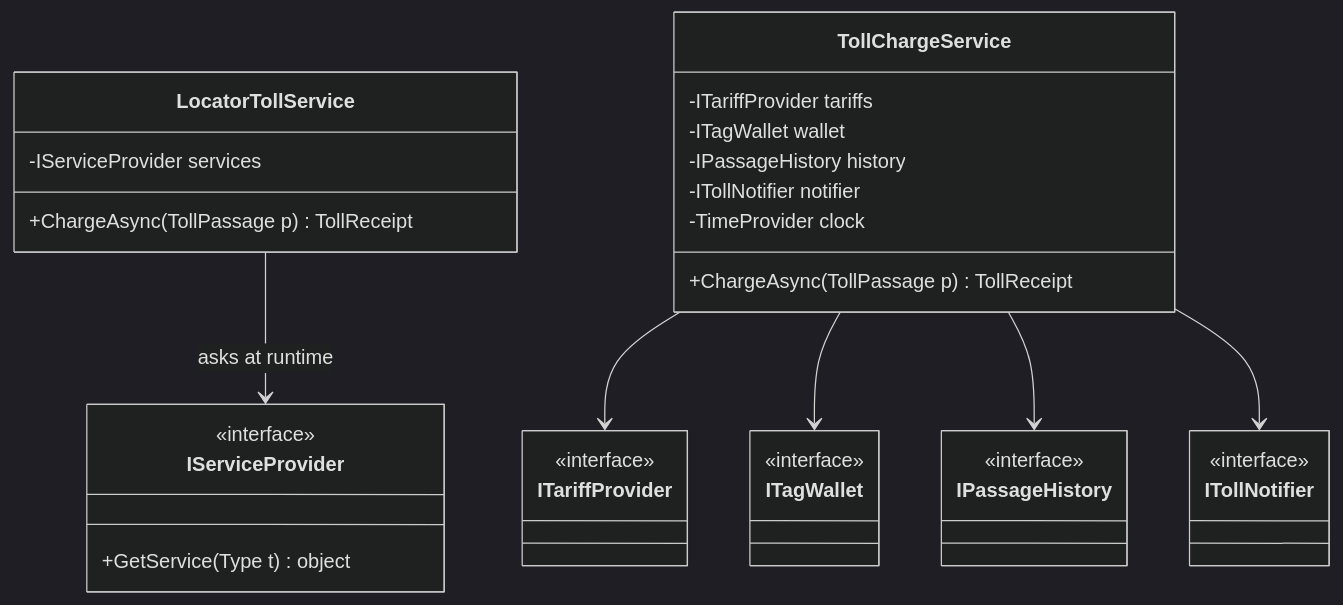
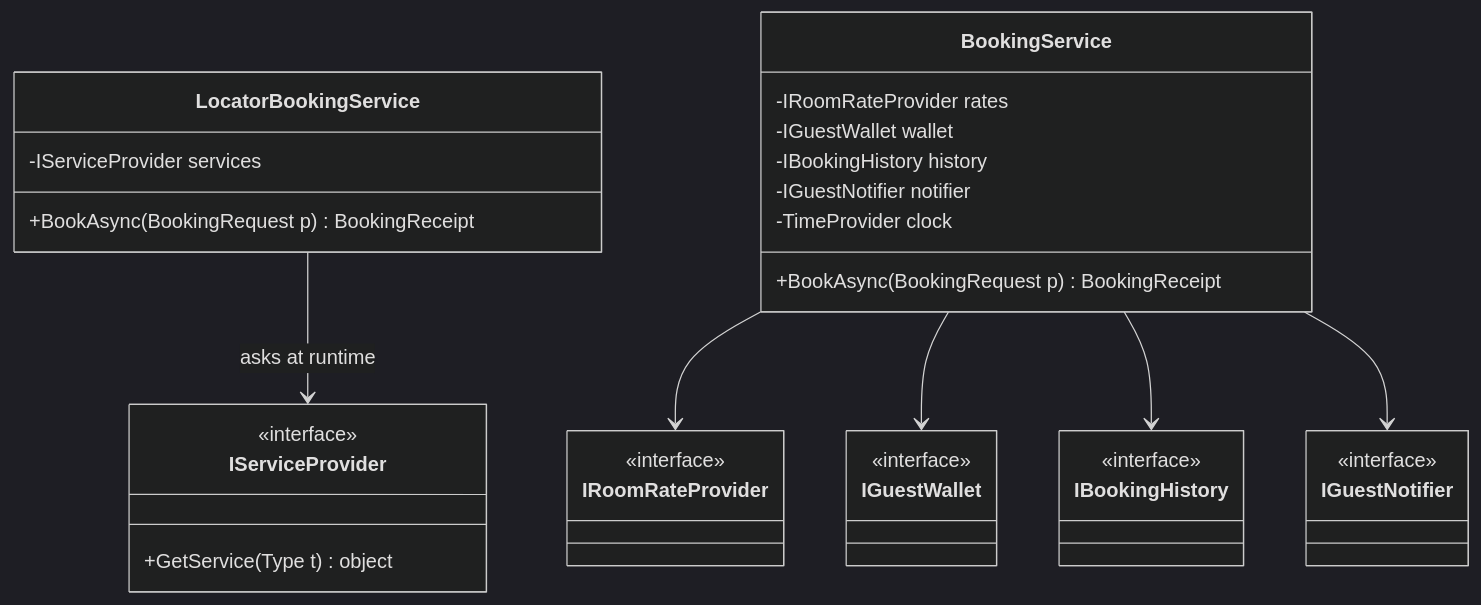
One commit to rizwi0786/system-design-lab changed the first of 2 diagrams in content/lessons/m04/m04-di-vs-service-locator.md. Above: the diagram before and after it, drawn with Mermaid (dark theme). The commit also changed other lines of this file and 334 other files, not shown here.

````diff
--- a/content/lessons/m04/m04-di-vs-service-locator.md
+++ b/content/lessons/m04/m04-di-vs-service-locator.md
@@ -150,36 +155,36 @@
 ```mermaid
 classDiagram
-    class LocatorTollService {
+    class LocatorBookingService {
         -IServiceProvider services
-        +ChargeAsync(TollPassage p) TollReceipt
+        +BookAsync(BookingRequest p) BookingReceipt
     }
-    class TollChargeService {
-        -ITariffProvider tariffs
-        -ITagWallet wallet
-        -IPassageHistory history
-        -ITollNotifier notifier
+    class BookingService {
+        -IRoomRateProvider rates
+        -IGuestWallet wallet
+        -IBookingHistory history
+        -IGuestNotifier notifier
         -TimeProvider clock
-        +ChargeAsync(TollPassage p) TollReceipt
+        +BookAsync(BookingRequest p) BookingReceipt
     }
     class IServiceProvider {
         <<interface>>
         +GetService(Type t) object
     }
-    class ITariffProvider {
+    class IRoomRateProvider {
         <<interface>>
     }
-    class ITagWallet {
+    class IGuestWallet {
         <<interface>>
     }
-    class IPassageHistory {
+    class IBookingHistory {
         <<interface>>
     }
-    class ITollNotifier {
+    class IGuestNotifier {
         <<interface>>
     }
-    LocatorTollService --> IServiceProvider : asks at runtime
-    TollChargeService --> ITariffProvider
-    TollChargeService --> ITagWallet
-    TollChargeService --> IPassageHistory
-    TollChargeService --> ITollNotifier
+    LocatorBookingService --> IServiceProvider : asks at runtime
+    BookingService --> IRoomRateProvider
+    BookingService --> IGuestWallet
+    BookingService --> IBookingHistory
+    BookingService --> IGuestNotifier
 ```
````
